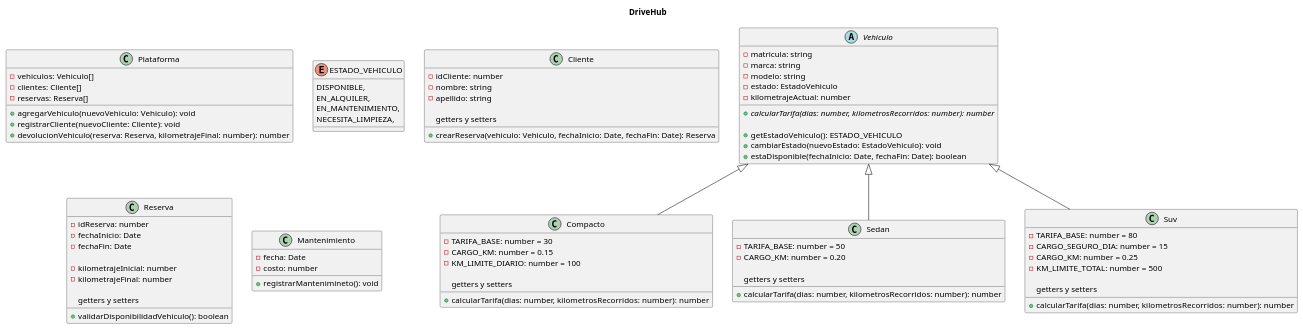
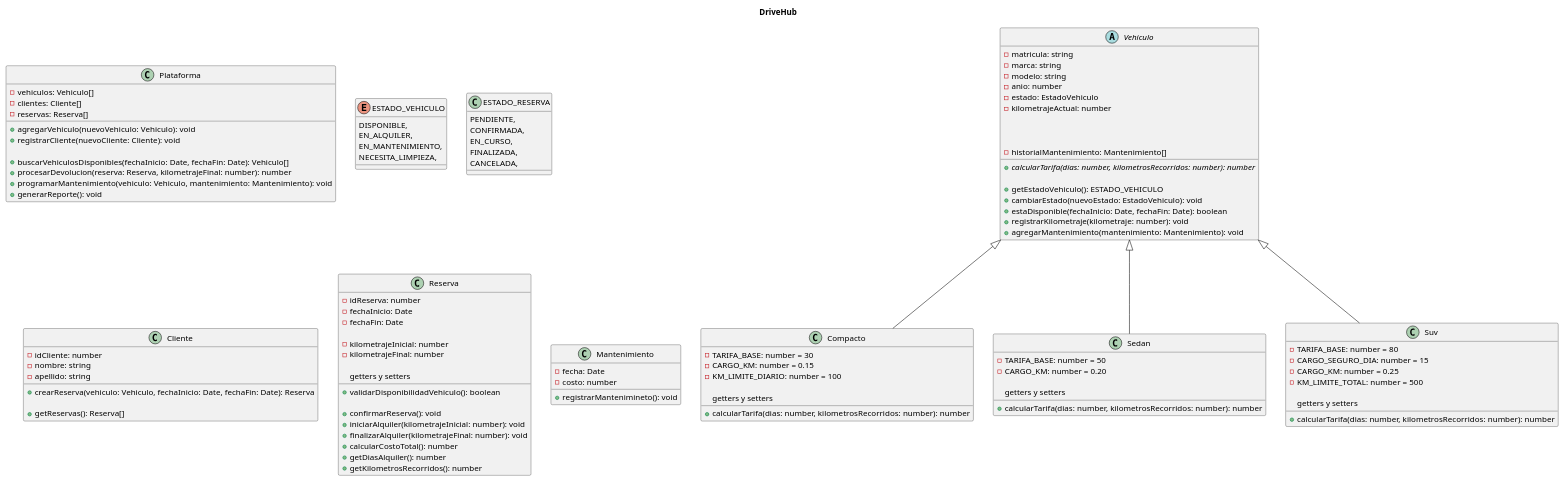
Before and after one commit to martingustavolopez/PROGRAMACION-II-CUVL: the diagram in src/diagrama.puml/clases.puml, drawn with PlantUML.

Commit message:
Algunas ideas

```diff
--- a/src/diagrama.puml/clases.puml
+++ b/src/diagrama.puml/clases.puml
@@ -1,104 +1,129 @@
 @startuml
 
 title DriveHub
 
 class Plataforma {
   - vehiculos: Vehiculo[]
   - clientes: Cliente[]
   - reservas: Reserva[]
 
   + agregarVehiculo(nuevoVehiculo: Vehiculo): void
   + registrarCliente(nuevoCliente: Cliente): void
-  + devolucionVehiculo(reserva: Reserva, kilometrajeFinal: number): number
+
+  + buscarVehiculosDisponibles(fechaInicio: Date, fechaFin: Date): Vehiculo[]
+  + procesarDevolucion(reserva: Reserva, kilometrajeFinal: number): number
+  + programarMantenimiento(vehiculo: Vehiculo, mantenimiento: Mantenimiento): void
+  + generarReporte(): void
 }
 ' // Donde el string sea la matricula , flota de vehículos
 ' // las reservas de sus clientes.
 
 enum ESTADO_VEHICULO {
   DISPONIBLE,
   EN_ALQUILER,
   EN_MANTENIMIENTO,
   NECESITA_LIMPIEZA,
 }
 
+class ESTADO_RESERVA {
+  PENDIENTE,
+  CONFIRMADA,
+  EN_CURSO,
+  FINALIZADA,
+  CANCELADA,
+}
+
 abstract class Vehiculo {
   - matricula: string
   - marca: string
   - modelo: string
+  - anio: number
   - estado: EstadoVehiculo
   - kilometrajeActual: number
 
   + {abstract} calcularTarifa(dias: number, kilometrosRecorridos: number): number
 
   + getEstadoVehiculo(): ESTADO_VEHICULO
   + cambiarEstado(nuevoEstado: EstadoVehiculo): void
   + estaDisponible(fechaInicio: Date, fechaFin: Date): boolean
+
+  - historialMantenimiento: Mantenimiento[]
+  + registrarKilometraje(kilometraje: number): void
+  + agregarMantenimiento(mantenimiento: Mantenimiento): void
 }
 'Por ejemplo el estaDisponible(...): boolean ; es el quiereSubir de la clase Empleado
 
 class Compacto {
   - TARIFA_BASE: number = 30
   - CARGO_KM: number = 0.15
   - KM_LIMITE_DIARIO: number = 100
 
   --getters y setters--  
   + calcularTarifa(dias: number, kilometrosRecorridos: number): number
 }
 
 class Sedan {
   - TARIFA_BASE: number = 50
   - CARGO_KM: number = 0.20
 
   --getters y setters--    
   + calcularTarifa(dias: number, kilometrosRecorridos: number): number
 }
 
 class Suv {
   - TARIFA_BASE: number = 80
   - CARGO_SEGURO_DIA: number = 15
   - CARGO_KM: number = 0.25
   - KM_LIMITE_TOTAL: number = 500
 
   --getters y setters--  
   + calcularTarifa(dias: number, kilometrosRecorridos: number): number
 }
 
 class Cliente {
   - idCliente: number
   - nombre: string
   - apellido: string
 
   + crearReserva(vehiculo: Vehiculo, fechaInicio: Date, fechaFin: Date): Reserva
-  --getters y setters--    
+  
+  + getReservas(): Reserva[]
 }
 
 class Reserva {
   - idReserva: number
   - fechaInicio: Date
   - fechaFin: Date
 
   - kilometrajeInicial: number
   - kilometrajeFinal: number
   
   --getters y setters--    
   + validarDisponibilidadVehiculo(): boolean
+
+  + confirmarReserva(): void
+  + iniciarAlquiler(kilometrajeInicial: number): void
+  + finalizarAlquiler(kilometrajeFinal: number): void
+  + calcularCostoTotal(): number
+  + getDiasAlquiler(): number
+  + getKilometrosRecorridos(): number
 }
 ' Y el validarDisponibilidadVehiculo() usa el vehiculo.estaDisponible(...) dadas las fechas que se pasan en la reserva.
 
 class Mantenimiento {
   - fecha: Date
   - costo: number
   + registrarMantenimineto(): void
 }
 
 'Relaciones
 ' "Un Cliente puede tener cero, una o múltiples reservas"
 ' Cliente 1 -- 0..* Reserva
 
 Vehiculo <|-- Compacto
 Vehiculo <|-- Sedan
 Vehiculo <|-- Suv
 
 '// Un cliente puede crear una reserva para un vehículo específico, indicando fecha inicio y fin.
 
 @enduml
```
